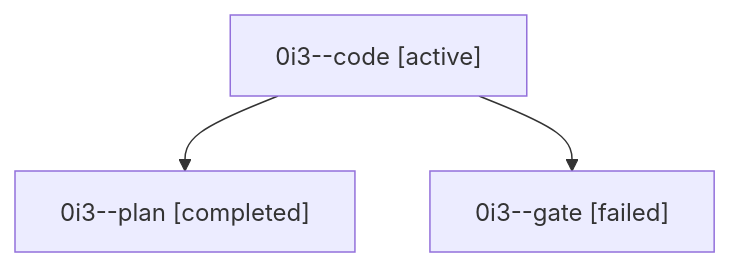
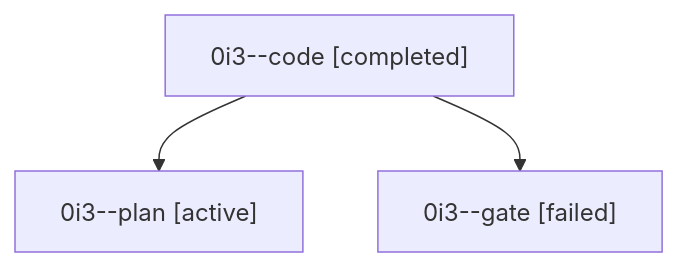
Before and after one commit to sase-org/sase--agents: the diagram in families/bbugyi200.athena.0i3.md, drawn with Mermaid. The commit also changed other lines of this file and 35830 other files, not shown here.

````diff
--- a/families/bbugyi200.athena.0i3.md
+++ b/families/bbugyi200.athena.0i3.md
@@ -9,8 +9,8 @@
 ```mermaid
 flowchart TD
-  n0["0i3--code [active]"]
-  n1["0i3--plan [completed]"]
+  n0["0i3--code [completed]"]
+  n1["0i3--plan [active]"]
   n0 --> n1
   n2["0i3--gate [failed]"]
   n0 --> n2
 ```
````
